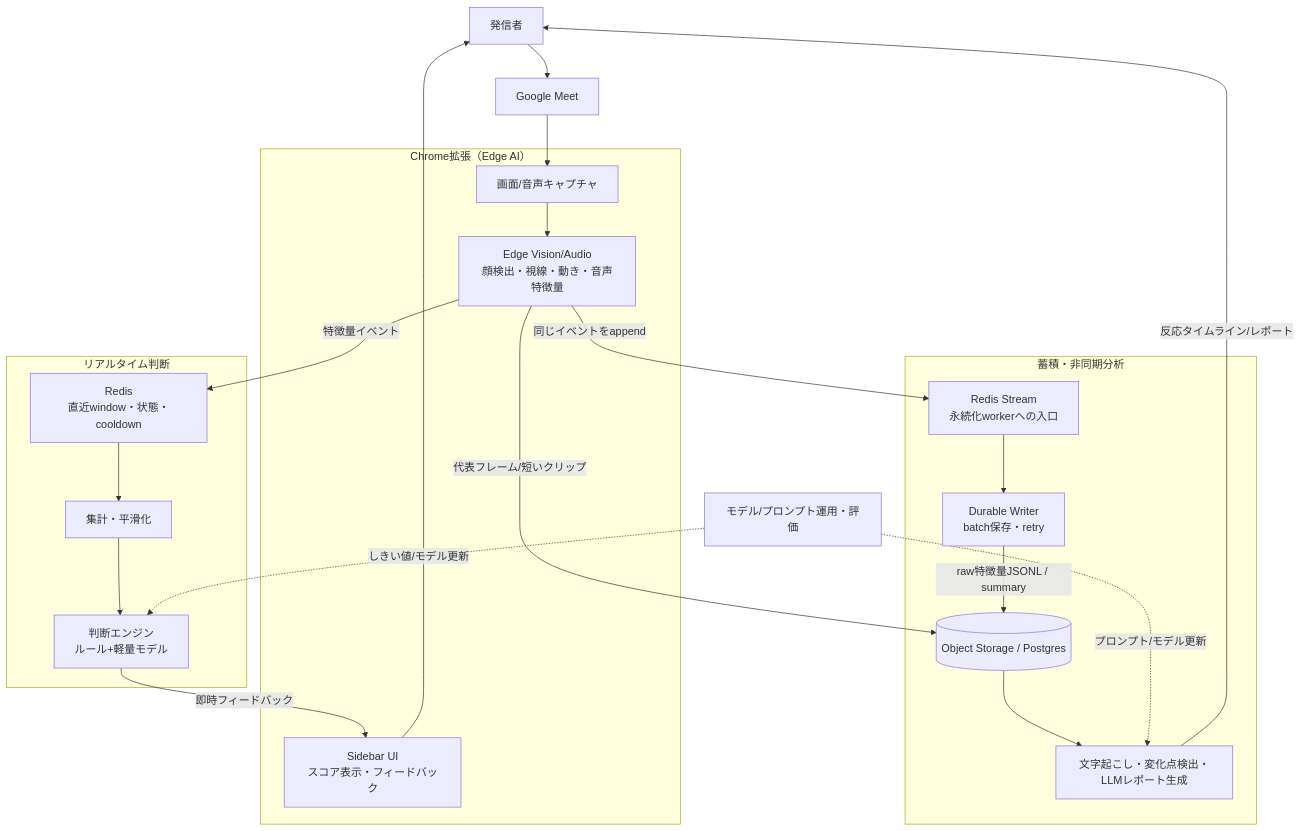
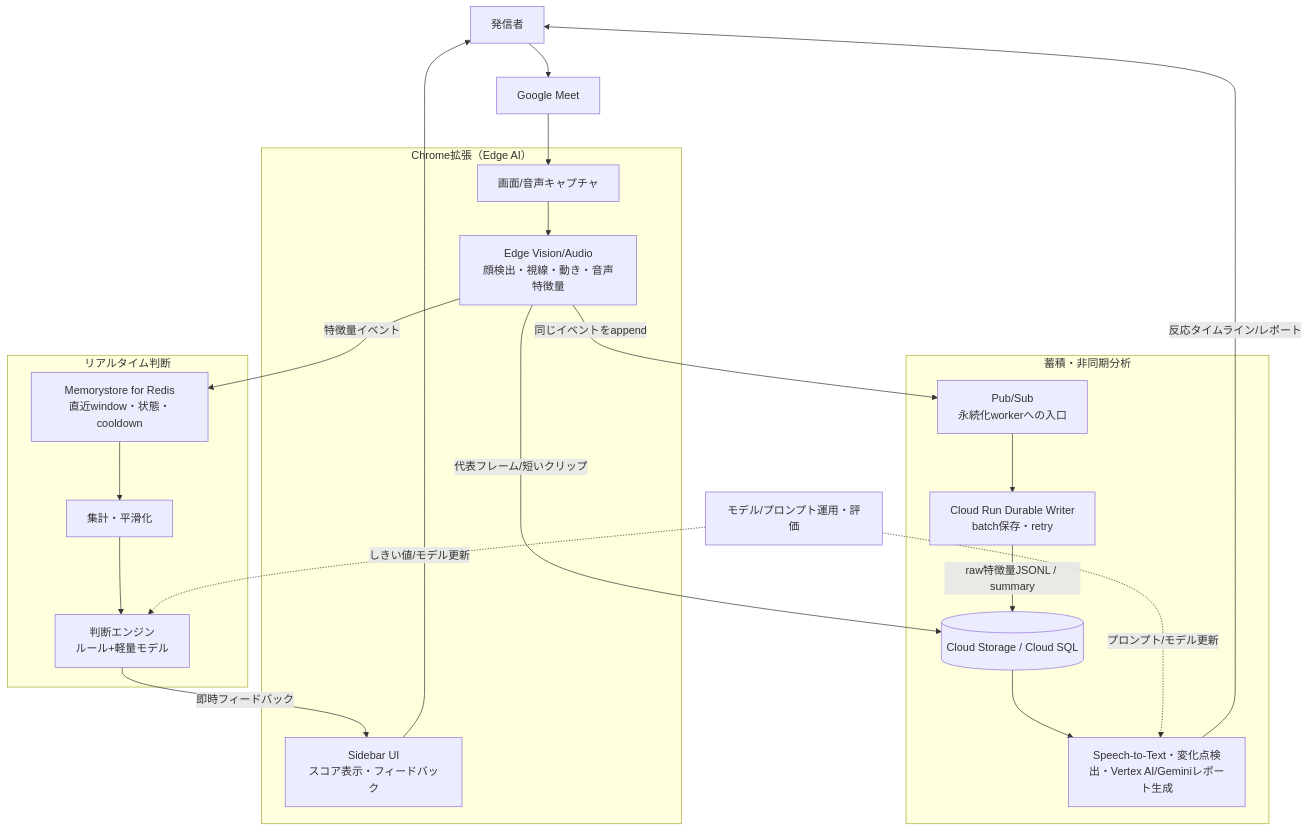
Before and after one commit to k-kanke/reaction-engine: the second of 6 diagrams in plan/1st-plan.md, drawn with Mermaid. The commit also changed other lines of this file and 2 other files, not shown here.

Commit message:
fix: replace for google cloud service

````diff
--- a/plan/1st-plan.md
+++ b/plan/1st-plan.md
@@ -154,45 +154,45 @@
 ```mermaid
 flowchart TB
   presenter["発信者"]
   meet["Google Meet"]
 
   subgraph extension["Chrome拡張（Edge AI）"]
     capture["画面/音声キャプチャ"]
     vision["Edge Vision/Audio<br/>顔検出・視線・動き・音声特徴量"]
     sidebar["Sidebar UI<br/>スコア表示・フィードバック"]
   end
 
   subgraph realtime["リアルタイム判断"]
-    redis["Redis<br/>直近window・状態・cooldown"]
+    redis["Memorystore for Redis<br/>直近window・状態・cooldown"]
     stream["集計・平滑化"]
     decision["判断エンジン<br/>ルール+軽量モデル"]
   end
 
   subgraph platform["蓄積・非同期分析"]
-    eventStream["Redis Stream<br/>永続化workerへの入口"]
-    writer["Durable Writer<br/>batch保存・retry"]
-    store[("Object Storage / Postgres")]
-    analysis["文字起こし・変化点検出・LLMレポート生成"]
+    eventStream["Pub/Sub<br/>永続化workerへの入口"]
+    writer["Cloud Run Durable Writer<br/>batch保存・retry"]
+    store[("Cloud Storage / Cloud SQL")]
+    analysis["Speech-to-Text・変化点検出・Vertex AI/Geminiレポート生成"]
   end
 
   ops["モデル/プロンプト運用・評価"]
 
   presenter --> meet
   meet --> capture
   capture --> vision
   vision -->|特徴量イベント| redis
   vision -->|同じイベントをappend| eventStream
   redis --> stream
   stream --> decision
   decision -->|即時フィードバック| sidebar
   sidebar --> presenter
 
   eventStream --> writer
   writer -->|raw特徴量JSONL / summary| store
   vision -->|代表フレーム/短いクリップ| store
   store --> analysis
   analysis -->|反応タイムライン/レポート| presenter
 
   ops -.->|しきい値/モデル更新| decision
   ops -.->|プロンプト/モデル更新| analysis
 ```
````
